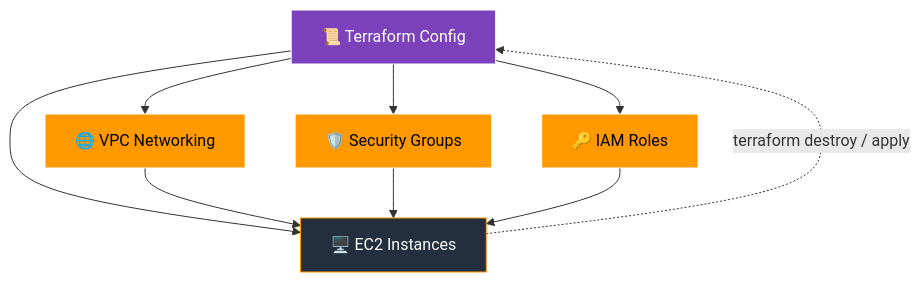
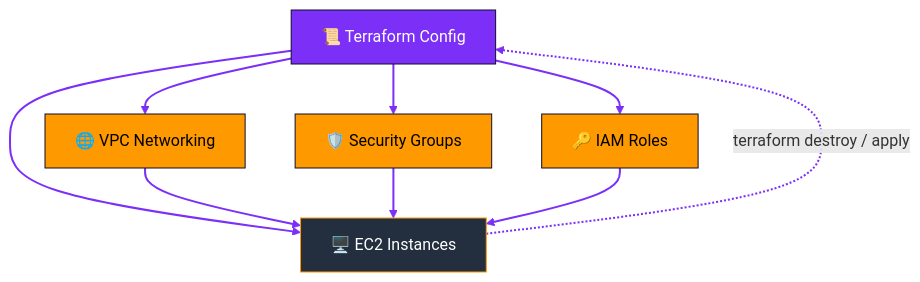
One commit to prasanth1218/prasanth1218 changed the third of 4 diagrams in README.md. Above: the diagram before and after it, drawn with Mermaid. The commit also changed other lines of this file, not shown here.

````diff
--- a/README.md
+++ b/README.md
@@ -126,17 +115,18 @@
 ```mermaid
 flowchart TB
     TF[📜 Terraform Config] --> VPC[🌐 VPC Networking]
     TF --> SG[🛡️ Security Groups]
     TF --> IAM[🔑 IAM Roles]
     TF --> EC2[🖥️ EC2 Instances]
     VPC --> EC2
     SG --> EC2
     IAM --> EC2
     EC2 -.->|terraform destroy / apply| TF
 
-    style TF fill:#7B42BC,stroke:#fff,color:#fff
-    style VPC fill:#FF9900,stroke:#fff,color:#000
-    style SG fill:#FF9900,stroke:#fff,color:#000
-    style IAM fill:#FF9900,stroke:#fff,color:#000
+    style TF fill:#7B2FF7,stroke:#0F0C29,color:#fff
+    style VPC fill:#FF9900,stroke:#0F0C29,color:#000
+    style SG fill:#FF9900,stroke:#0F0C29,color:#000
+    style IAM fill:#FF9900,stroke:#0F0C29,color:#000
     style EC2 fill:#232F3E,stroke:#FF9900,color:#fff
+    linkStyle default stroke:#7B2FF7,stroke-width:2px
 ```
````
